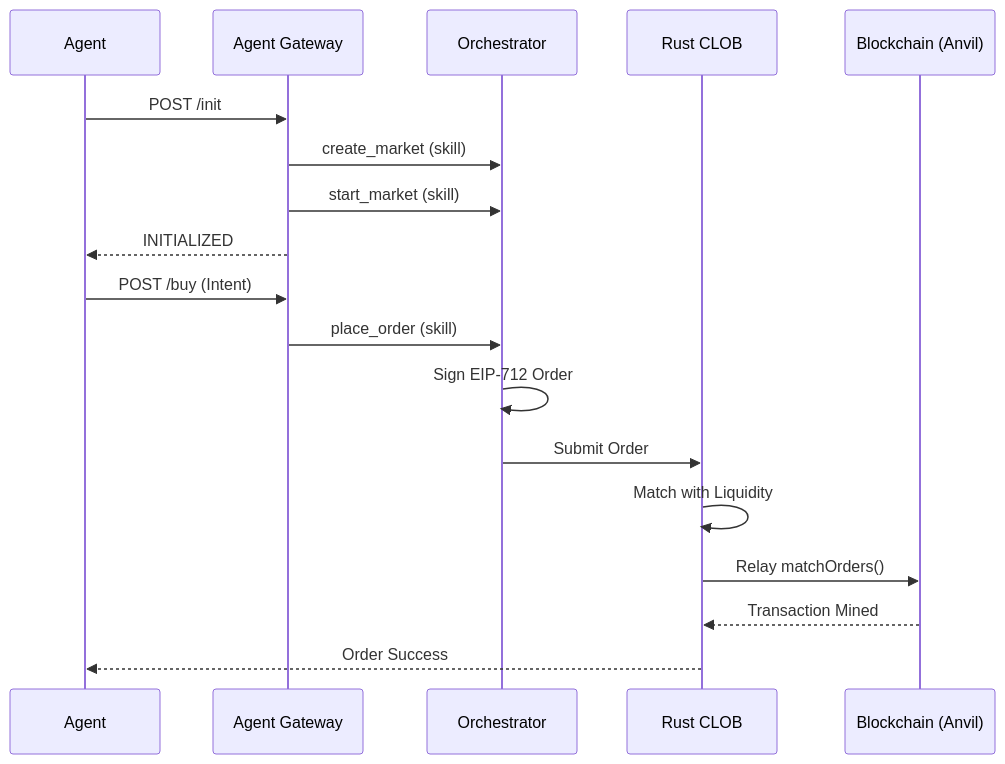
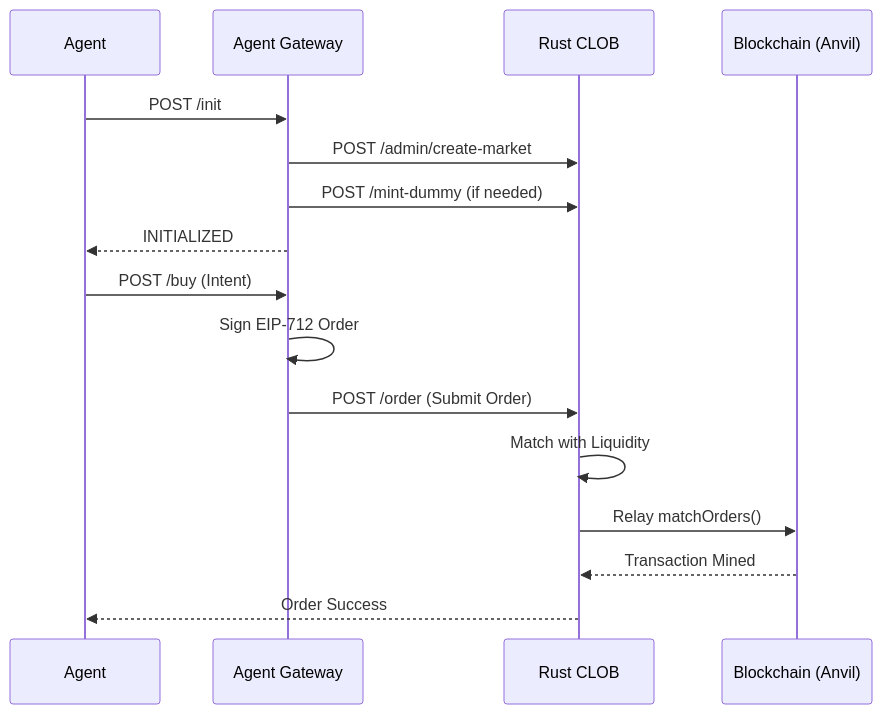
One commit to sanchaymittal/polybook changed the diagram in README.md. Above: the diagram before and after it, drawn with Mermaid. The commit also changed other lines of this file and 1 other file, not shown here.

First line of the commit message:
Docs: Update documentation for De-Orchestrated Architecture

````diff
--- a/README.md
+++ b/README.md
@@ -162,22 +147,20 @@
 ```mermaid
 sequenceDiagram
     participant Agent
     participant Gateway as Agent Gateway
-    participant Orch as Orchestrator
     participant CLOB as Rust CLOB
     participant Chain as Blockchain (Anvil)
 
     Agent->>Gateway: POST /init
-    Gateway->>Orch: create_market (skill)
-    Gateway->>Orch: start_market (skill)
+    Gateway->>CLOB: POST /admin/create-market
+    Gateway->>CLOB: POST /mint-dummy (if needed)
     Gateway-->>Agent: INITIALIZED
 
     Agent->>Gateway: POST /buy (Intent)
-    Gateway->>Orch: place_order (skill)
-    Orch->>Orch: Sign EIP-712 Order
-    Orch->>CLOB: Submit Order
+    Gateway->>Gateway: Sign EIP-712 Order
+    Gateway->>CLOB: POST /order (Submit Order)
     CLOB->>CLOB: Match with Liquidity
     CLOB->>Chain: Relay matchOrders()
     Chain-->>CLOB: Transaction Mined
     CLOB-->>Agent: Order Success
 ```
````
